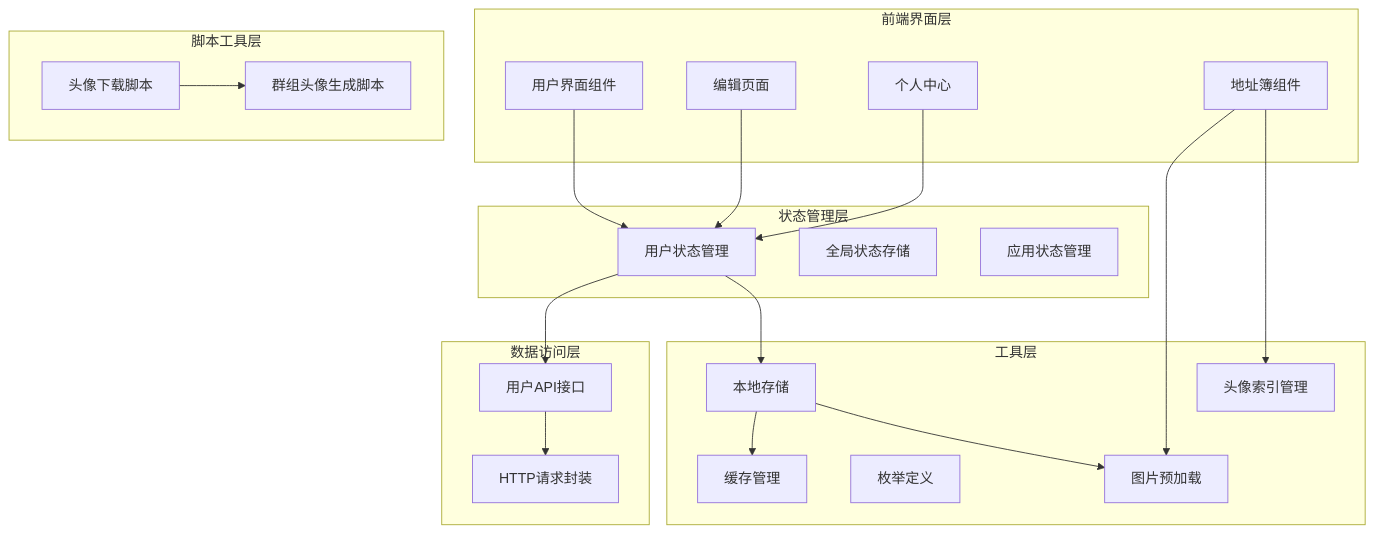
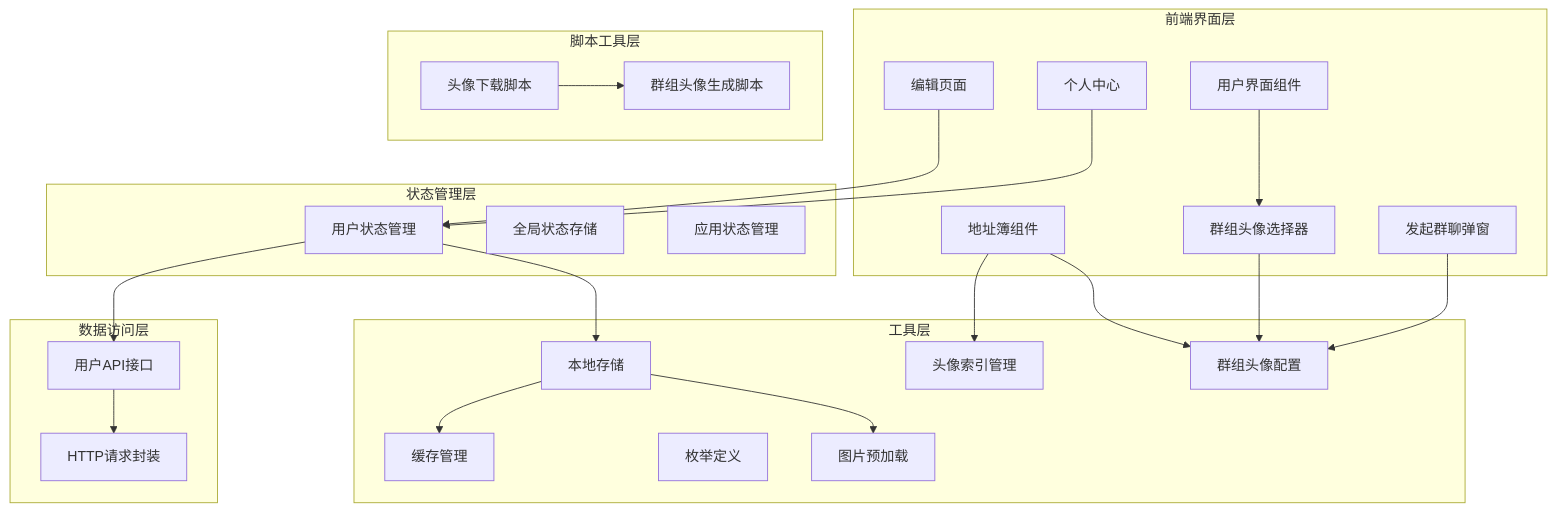
The first of 11 diagrams in .qoder/repowiki/zh/content/核心系统/头像管理系统.md (giserman001/vue3-vant4-mobile), drawn with Mermaid before and after one commit. The commit also changed other lines of this file and 4 other files, not shown here.

````diff
--- a/.qoder/repowiki/zh/content/核心系统/头像管理系统.md
+++ b/.qoder/repowiki/zh/content/核心系统/头像管理系统.md
@@ -55,40 +58,45 @@
 ```mermaid
 graph TB
 subgraph "前端界面层"
 A[用户界面组件]
 B[编辑页面]
 C[个人中心]
 D[地址簿组件]
+E[群组头像选择器]
+F[发起群聊弹窗]
 end
 subgraph "状态管理层"
-E[用户状态管理]
-F[全局状态存储]
-G[应用状态管理]
+G[用户状态管理]
+H[全局状态存储]
+I[应用状态管理]
 end
 subgraph "数据访问层"
-H[用户API接口]
-I[HTTP请求封装]
+J[用户API接口]
+K[HTTP请求封装]
 end
 subgraph "工具层"
-J[本地存储]
-K[缓存管理]
-L[枚举定义]
-M[图片预加载]
-N[头像索引管理]
+L[本地存储]
+M[缓存管理]
+N[枚举定义]
+O[图片预加载]
+P[头像索引管理]
+Q[群组头像配置]
 end
 subgraph "脚本工具层"
-O[头像下载脚本]
-P[群组头像生成脚本]
+R[头像下载脚本]
+S[群组头像生成脚本]
 end
 A --> E
-B --> E
-C --> E
-D --> M
-D --> N
-E --> H
-H --> I
-E --> J
+B --> G
+C --> G
+D --> P
+D --> Q
+E --> Q
+F --> Q
+G --> J
 J --> K
-J --> M
-O --> P
+G --> L
+L --> M
+L --> O
+R --> S
 ```
````
